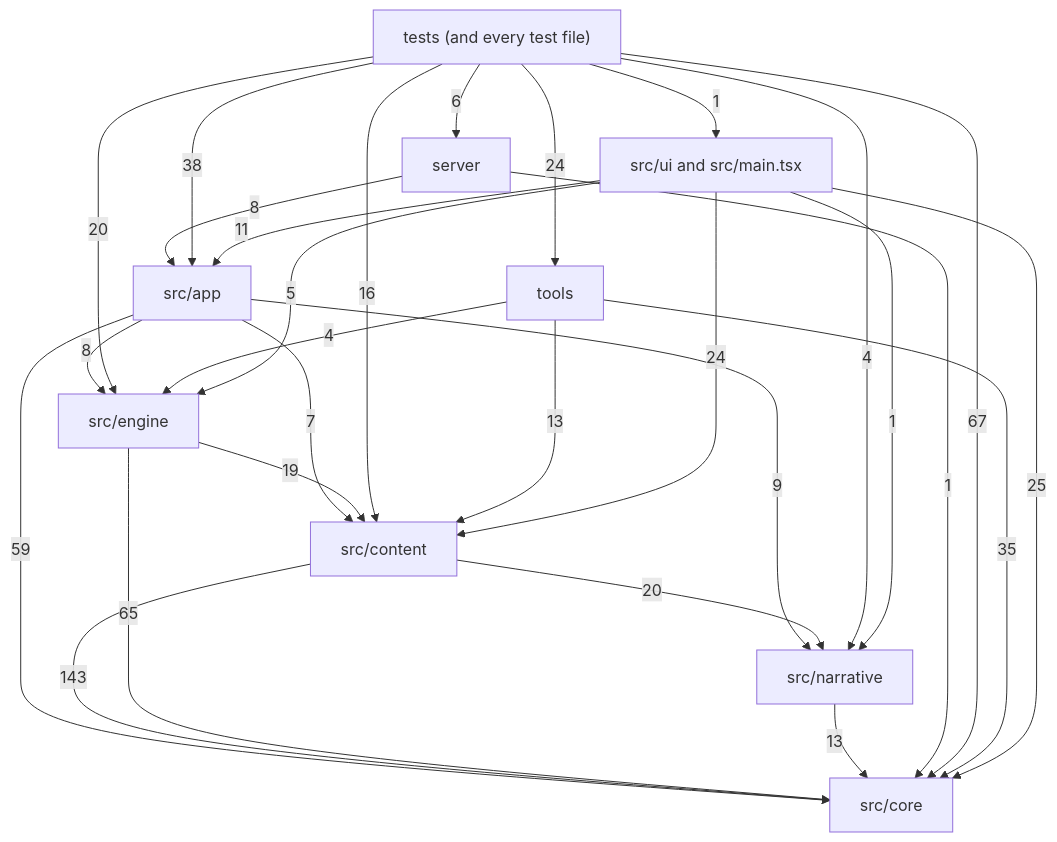
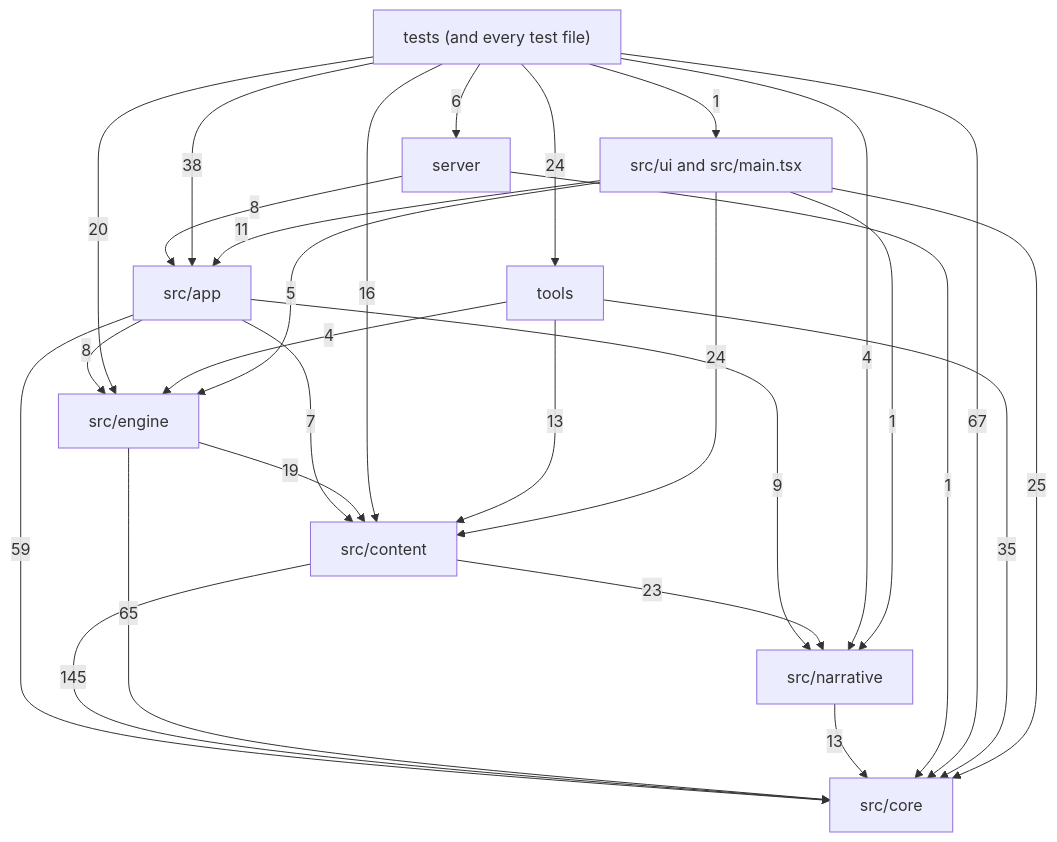
One commit to OrangeB0lt/Cyber-funk changed the diagram in docs/reference/code-map/README.md. Above: the diagram before and after it, drawn with Mermaid. The commit also changed other lines of this file and 11 other files, not shown here.

````diff
--- a/docs/reference/code-map/README.md
+++ b/docs/reference/code-map/README.md
@@ -29,39 +29,39 @@
 ```mermaid
 flowchart TD
   core["src/core"]
   narrative["src/narrative"]
   content["src/content"]
   engine["src/engine"]
   app["src/app"]
   ui["src/ui and src/main.tsx"]
   server["server"]
   tools["tools"]
   tests["tests (and every test file)"]
   app -->|7| content
   app -->|59| core
   app -->|8| engine
   app -->|9| narrative
-  content -->|143| core
-  content -->|20| narrative
+  content -->|145| core
+  content -->|23| narrative
   engine -->|19| content
   engine -->|65| core
   narrative -->|13| core
   server -->|8| app
   server -->|1| core
   tests -->|38| app
   tests -->|16| content
   tests -->|67| core
   tests -->|20| engine
   tests -->|4| narrative
   tests -->|6| server
   tests -->|24| tools
   tests -->|1| ui
   tools -->|13| content
   tools -->|35| core
   tools -->|4| engine
   ui -->|11| app
   ui -->|24| content
   ui -->|25| core
   ui -->|5| engine
   ui -->|1| narrative
 ```
````
